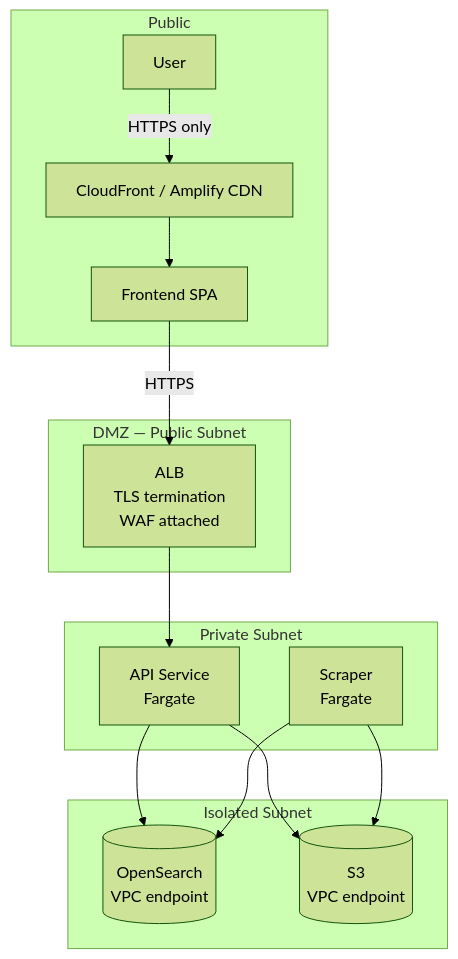
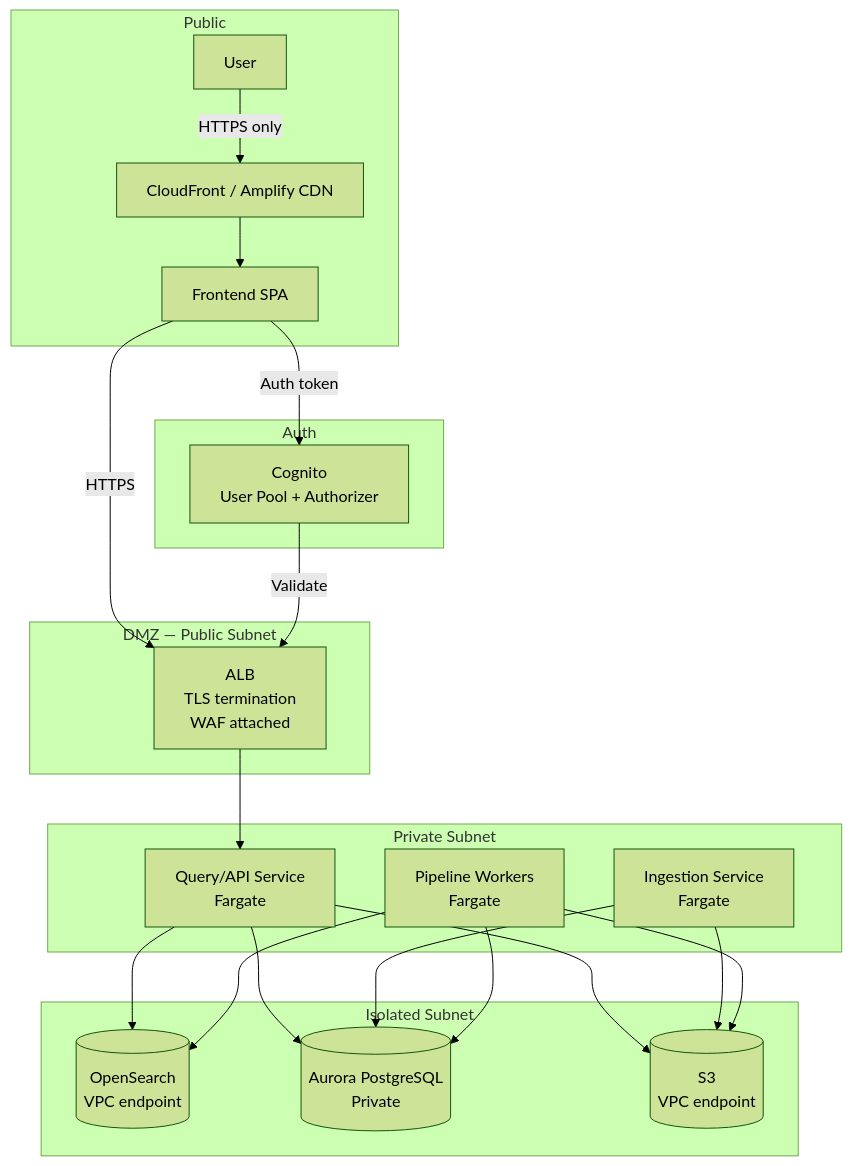
Diagram 12 of 15 in docs/architecture.md (gepstein23/EpsteinBrowser), drawn with Mermaid (forest theme) before and after one commit. The commit also changed other lines of this file and 1 other file, not shown here.

First line of the commit message:
Authored by Genevieve's Intern, Claude: Rewrite architecture with evented pipeline design

````diff
--- a/docs/architecture.md
+++ b/docs/architecture.md
@@ -152,28 +664,35 @@
 ```mermaid
 graph TB
     subgraph "Public"
         USER[User] -->|HTTPS only| CF[CloudFront / Amplify CDN]
         CF --> FE[Frontend SPA]
     end
 
+    subgraph "Auth"
+        COG[Cognito<br/>User Pool + Authorizer]
+    end
+
     subgraph "DMZ — Public Subnet"
         ALB[ALB<br/>TLS termination<br/>WAF attached]
     end
 
     subgraph "Private Subnet"
-        API[API Service<br/>Fargate]
-        SCRAPER[Scraper<br/>Fargate]
+        API[Query/API Service<br/>Fargate]
+        ING[Ingestion Service<br/>Fargate]
+        WORKERS[Pipeline Workers<br/>Fargate]
     end
 
     subgraph "Isolated Subnet"
         OS[(OpenSearch<br/>VPC endpoint)]
+        PG[(Aurora PostgreSQL<br/>Private)]
         S3[(S3<br/>VPC endpoint)]
     end
 
+    FE -->|Auth token| COG
     FE -->|HTTPS| ALB
+    COG -->|Validate| ALB
     ALB --> API
-    API --> OS
-    API --> S3
-    SCRAPER --> S3
-    SCRAPER --> OS
+    API --> OS & PG & S3
+    ING --> S3 & PG
+    WORKERS --> S3 & OS & PG
 ```
````
